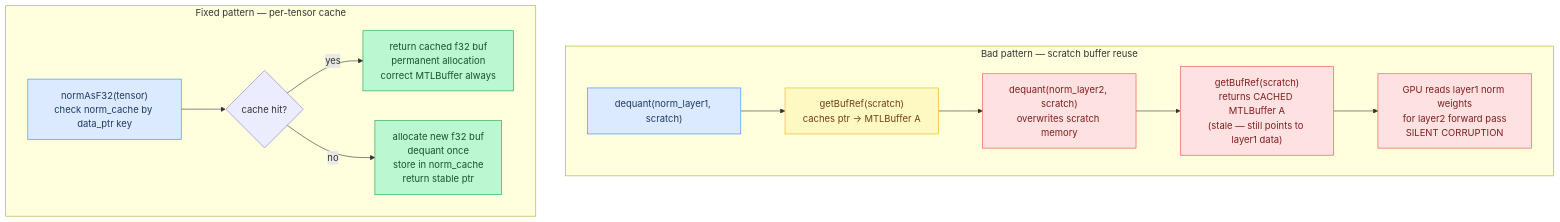
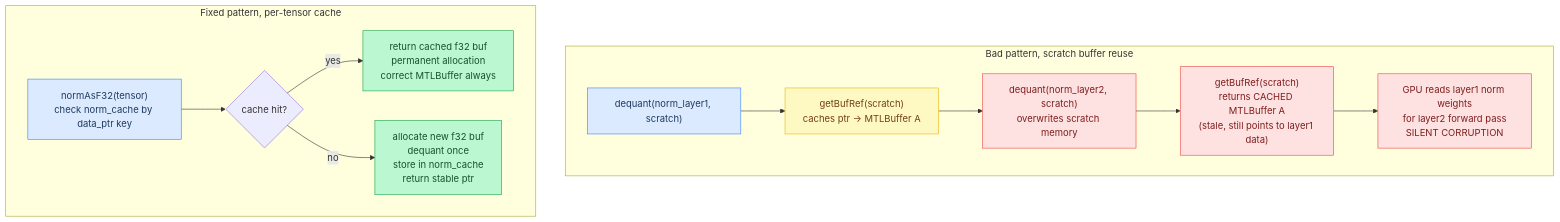
One commit to maci0/agave changed the sixth of 9 diagrams in docs/tutorial/14-format-conventions.md. Above: the diagram before and after it, drawn with Mermaid. The commit also changed other lines of this file and 196 other files, not shown here.

````diff
--- a/docs/tutorial/14-format-conventions.md
+++ b/docs/tutorial/14-format-conventions.md
@@ -457,28 +457,28 @@
 ```mermaid
 flowchart TD
     classDef setup     fill:#dbeafe,stroke:#3b82f6,color:#1e3a5f
     classDef sync      fill:#dcfce7,stroke:#22c55e,color:#14532d
     classDef migration fill:#fef9c3,stroke:#eab308,color:#713f12
     classDef success   fill:#bbf7d0,stroke:#16a34a,color:#14532d
     classDef danger    fill:#fee2e2,stroke:#ef4444,color:#7f1d1d
     classDef optional  fill:#f3e8ff,stroke:#9333ea,color:#581c87
 
     B1["dequant(norm_layer1, scratch)"]:::setup
     B2["getBufRef(scratch)\ncaches ptr → MTLBuffer A"]:::migration
     B3["dequant(norm_layer2, scratch)\noverwrites scratch memory"]:::danger
-    B4["getBufRef(scratch)\nreturns CACHED MTLBuffer A\n(stale — still points to layer1 data)"]:::danger
+    B4["getBufRef(scratch)\nreturns CACHED MTLBuffer A\n(stale, still points to layer1 data)"]:::danger
     B5["GPU reads layer1 norm weights\nfor layer2 forward pass\nSILENT CORRUPTION"]:::danger
     G1["normAsF32(tensor)\ncheck norm_cache by data_ptr key"]:::setup
     G3["return cached f32 buf\npermanent allocation\ncorrect MTLBuffer always"]:::success
     G4["allocate new f32 buf\ndequant once\nstore in norm_cache\nreturn stable ptr"]:::success
 
-    subgraph Bad["Bad pattern — scratch buffer reuse"]
+    subgraph Bad["Bad pattern, scratch buffer reuse"]
         B1 --> B2 --> B3 --> B4 --> B5
     end
 
-    subgraph Good["Fixed pattern — per-tensor cache"]
+    subgraph Good["Fixed pattern, per-tensor cache"]
         G1 --> G2{"cache hit?"}
         G2 -->|"yes"| G3
         G2 -->|"no"| G4
     end
 ```
````
